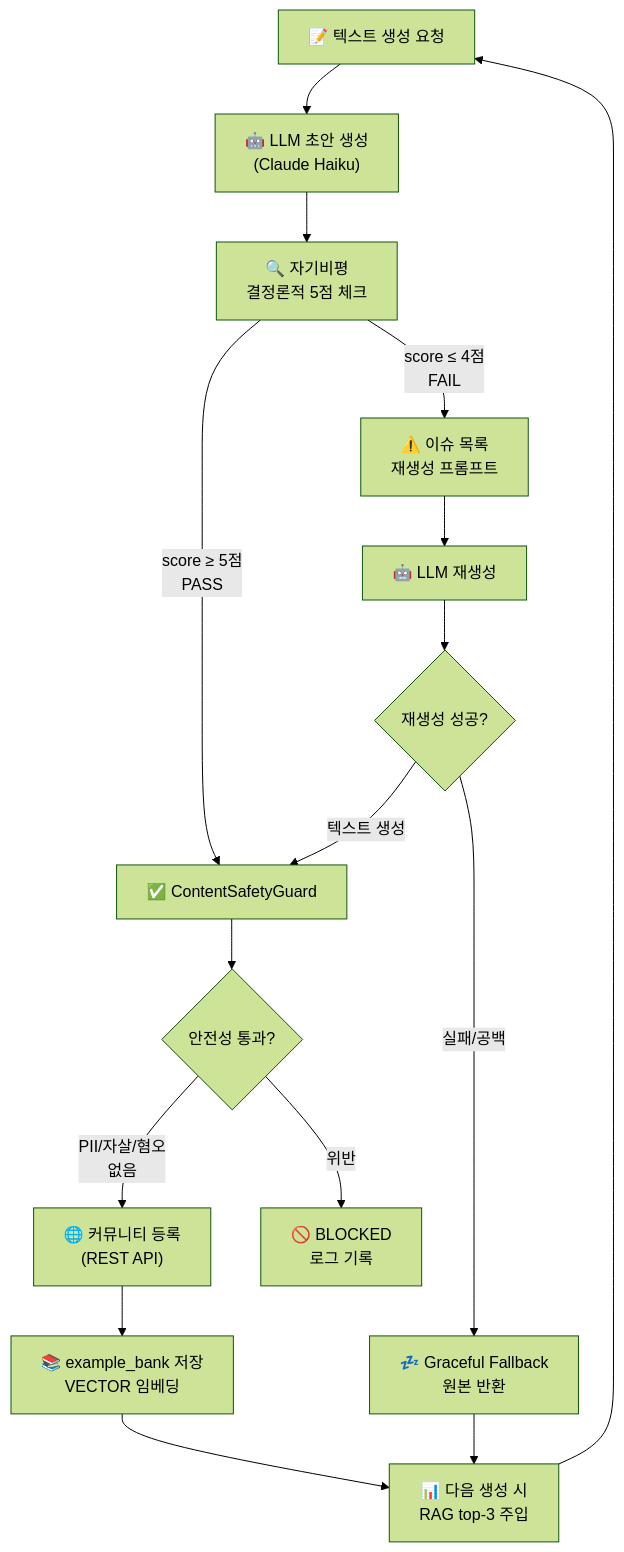
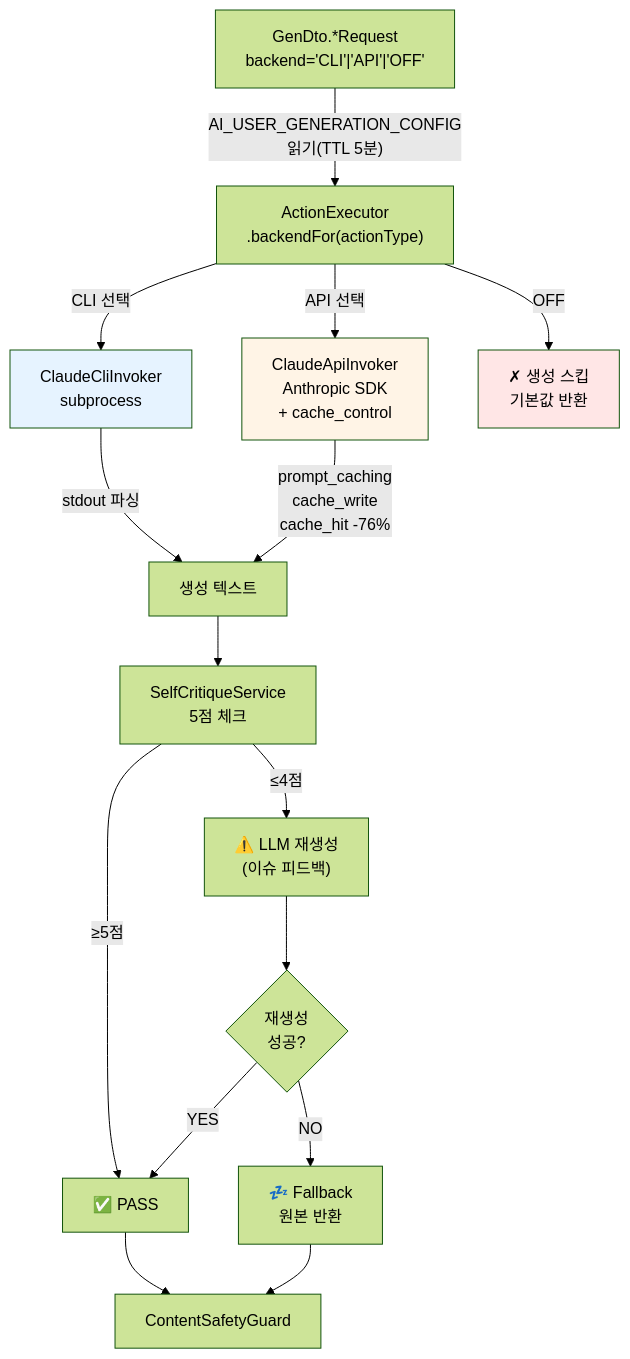
Before and after one commit to Justant-source/Again-Spring: the third of 6 diagrams in ai-user/docs/architecture.md, drawn with Mermaid (forest theme). The commit also changed other lines of this file and 4 other files, not shown here.

````diff
--- a/ai-user/docs/architecture.md
+++ b/ai-user/docs/architecture.md
@@ -100,18 +130,25 @@
 ```mermaid
 flowchart TD
-    A["📝 텍스트 생성 요청"] --> B["🤖 LLM 초안 생성<br/>(Claude Haiku)"]
-    B --> C["🔍 자기비평<br/>결정론적 5점 체크"]
-    C -->|"score ≥ 5점<br/>PASS"| D["✅ ContentSafetyGuard"]
-    C -->|"score ≤ 4점<br/>FAIL"| E["⚠️ 이슈 목록<br/>재생성 프롬프트"]
-    E --> F["🤖 LLM 재생성"]
-    F --> G{재생성 성공?}
-    G -->|"텍스트 생성"| D
-    G -->|"실패/공백"| H["💤 Graceful Fallback<br/>원본 반환"]
-    D --> I{안전성 통과?}
-    I -->|"PII/자살/혐오<br/>없음"| J["🌐 커뮤니티 등록<br/>(REST API)"]
-    I -->|"위반"| K["🚫 BLOCKED<br/>로그 기록"]
-    J --> L["📚 example_bank 저장<br/>VECTOR 임베딩"]
-    H --> M["📊 다음 생성 시<br/>RAG top-3 주입"]
-    L --> M
-    M --> A
+    A["GenDto.*Request<br/>backend='CLI'|'API'|'OFF'"] -->|"AI_USER_GENERATION_CONFIG<br/>읽기(TTL 5분)"| B["ActionExecutor<br/>.backendFor(actionType)"]
+    
+    B -->|"CLI 선택"| C["ClaudeCliInvoker<br/>subprocess"]
+    B -->|"API 선택"| D["ClaudeApiInvoker<br/>Anthropic SDK<br/>+ cache_control"]
+    B -->|"OFF"| E["✗ 생성 스킵<br/>기본값 반환"]
+    
+    C -->|"stdout 파싱"| F["생성 텍스트"]
+    D -->|"prompt_caching<br/>cache_write<br/>cache_hit -76%"| F
+    
+    F --> G["SelfCritiqueService<br/>5점 체크"]
+    G -->|"≥5점"| H["✅ PASS"]
+    G -->|"≤4점"| I["⚠️ LLM 재생성<br/>(이슈 피드백)"]
+    I --> J{재생성<br/>성공?}
+    J -->|YES| H
+    J -->|NO| K["💤 Fallback<br/>원본 반환"]
+    
+    H --> L["ContentSafetyGuard"]
+    K --> L
+    
+    style C fill:#e6f3ff
+    style D fill:#fff4e6
+    style E fill:#ffe6e6
 ```
````
